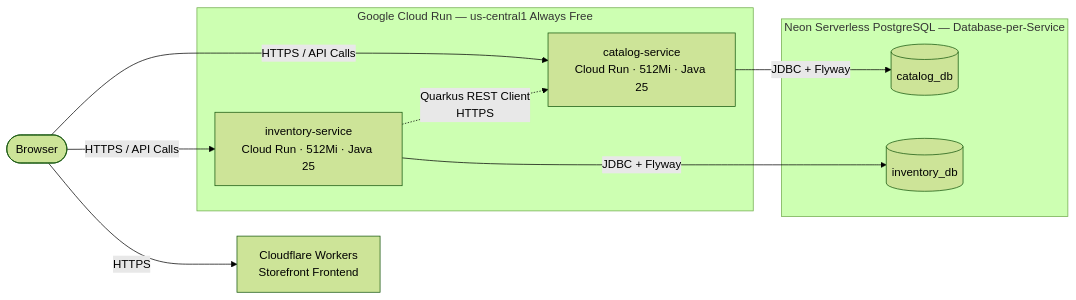
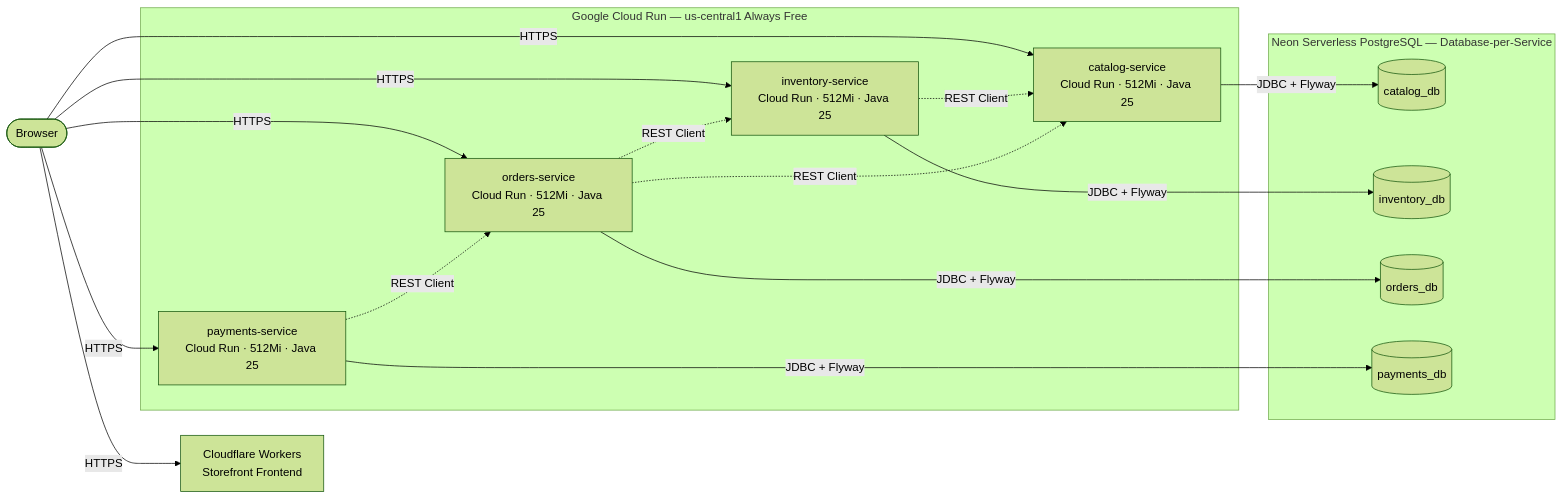
Before and after one commit to gbolanoscruz/quantum-store-poc: the diagram in README.md, drawn with Mermaid (forest theme). The commit also changed other lines of this file and 4 other files, not shown here.

````diff
--- a/README.md
+++ b/README.md
@@ -7,18 +7,27 @@
 ```mermaid
 flowchart LR
     User([Browser]) -->|HTTPS| CF[Cloudflare Workers<br/>Storefront Frontend]
-    User -->|HTTPS / API Calls| Catalog[catalog-service<br/>Cloud Run · 512Mi · Java 25]
-    User -->|HTTPS / API Calls| Inventory[inventory-service<br/>Cloud Run · 512Mi · Java 25]
+    User -->|HTTPS| Catalog[catalog-service<br/>Cloud Run · 512Mi · Java 25]
+    User -->|HTTPS| Inventory[inventory-service<br/>Cloud Run · 512Mi · Java 25]
+    User -->|HTTPS| Orders[orders-service<br/>Cloud Run · 512Mi · Java 25]
+    User -->|HTTPS| Payments[payments-service<br/>Cloud Run · 512Mi · Java 25]
 
     subgraph GCP [Google Cloud Run — us-central1 Always Free]
-        Inventory -.->|Quarkus REST Client<br/>HTTPS| Catalog
+        Inventory -.->|REST Client| Catalog
+        Orders -.->|REST Client| Catalog
+        Orders -.->|REST Client| Inventory
+        Payments -.->|REST Client| Orders
     end
 
     subgraph Neon [Neon Serverless PostgreSQL — Database-per-Service]
         CatalogDB[(catalog_db)]
         InventoryDB[(inventory_db)]
+        OrdersDB[(orders_db)]
+        PaymentsDB[(payments_db)]
     end
 
     Catalog -->|JDBC + Flyway| CatalogDB
     Inventory -->|JDBC + Flyway| InventoryDB
+    Orders -->|JDBC + Flyway| OrdersDB
+    Payments -->|JDBC + Flyway| PaymentsDB
 ```
````
